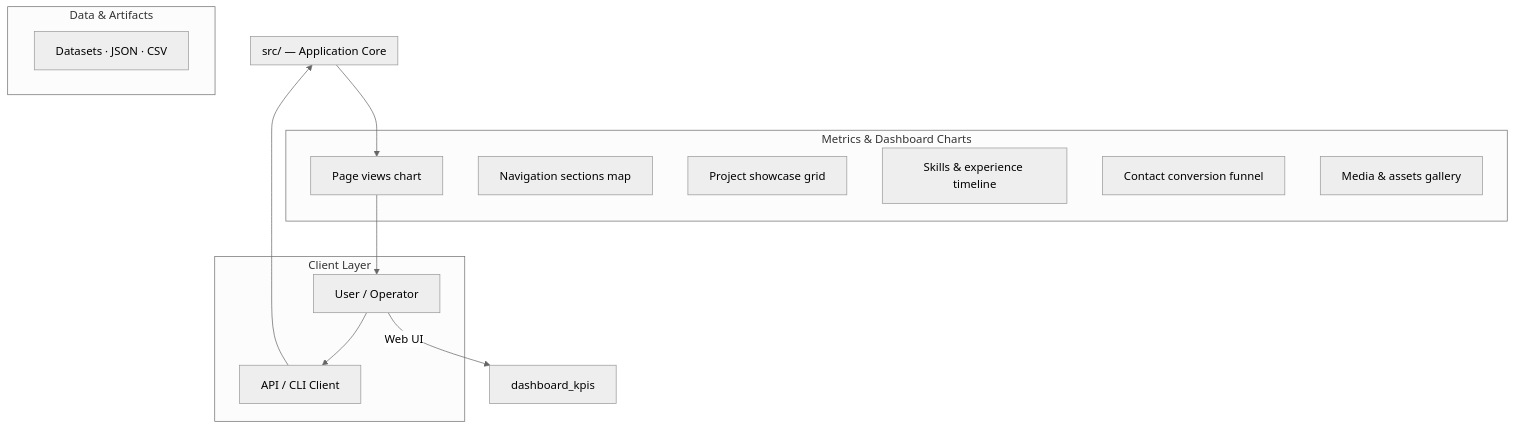
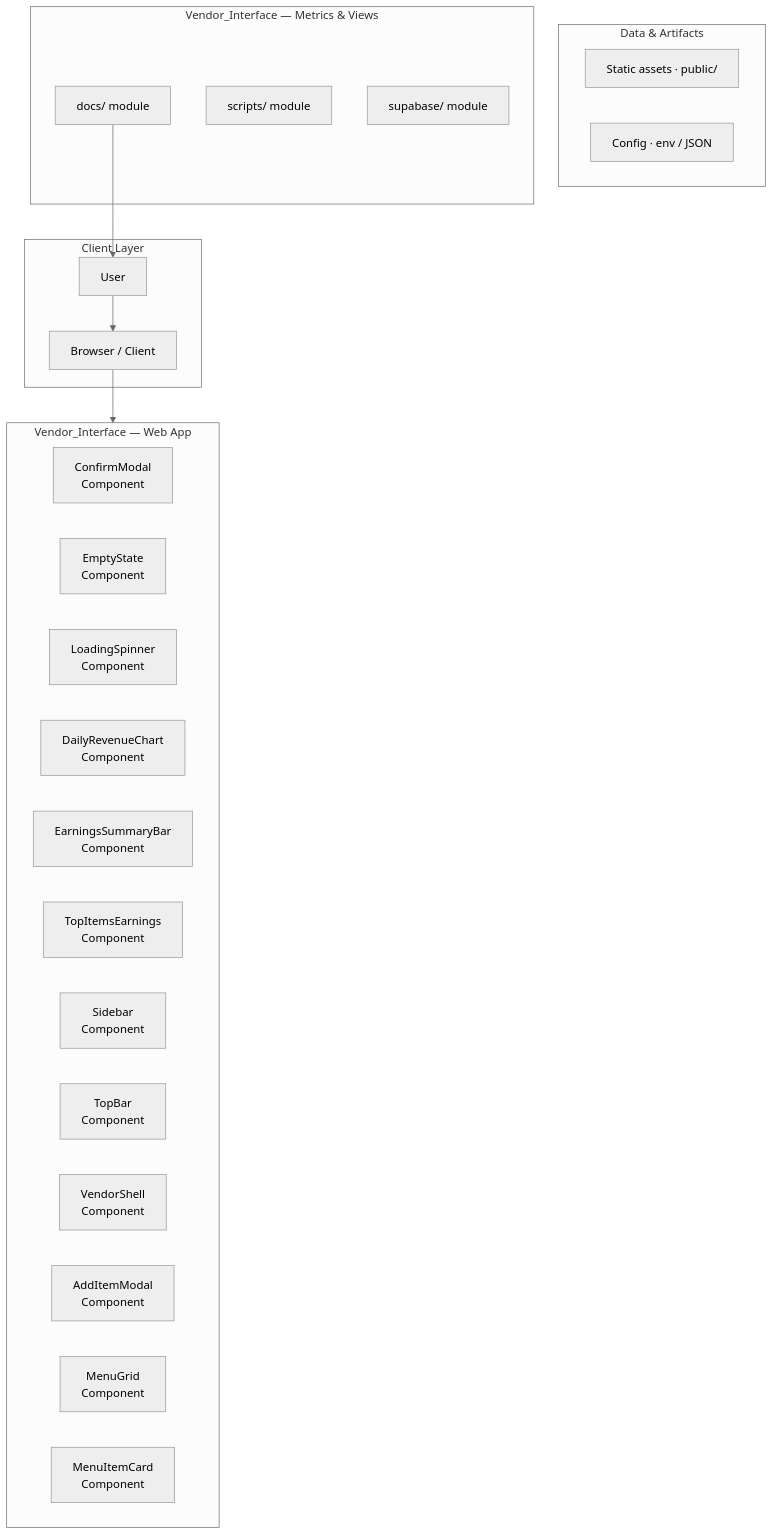
The first of 4 diagrams in README.md (Punyamittal/Vendor_Interface), drawn with Mermaid (neutral theme) before and after one commit. The commit also changed other lines of this file, not shown here.

````diff
--- a/README.md
+++ b/README.md
@@ -175,29 +187,37 @@
 ```mermaid
 graph TB
     subgraph Client["Client Layer"]
-        user["User / Operator"]
-        api_client["API / CLI Client"]
+        user["User"]
+        browser["Browser / Client"]
     end
 
-    subgraph Core["src/ — Application Core"]
+    subgraph Core["Vendor_Interface — Web App"]
+        ConfirmModal["ConfirmModal<br/>Component"]
+        EmptyState["EmptyState<br/>Component"]
+        LoadingSpinner["LoadingSpinner<br/>Component"]
+        DailyRevenueChart["DailyRevenueChart<br/>Component"]
+        EarningsSummaryBar["EarningsSummaryBar<br/>Component"]
+        TopItemsEarnings["TopItemsEarnings<br/>Component"]
+        Sidebar["Sidebar<br/>Component"]
+        TopBar["TopBar<br/>Component"]
+        VendorShell["VendorShell<br/>Component"]
+        AddItemModal["AddItemModal<br/>Component"]
+        MenuGrid["MenuGrid<br/>Component"]
+        MenuItemCard["MenuItemCard<br/>Component"]
     end
 
     subgraph Data["Data & Artifacts"]
-        datasets["Datasets · JSON · CSV"]
+        assets["Static assets · public/"]
+        config["Config · env / JSON"]
     end
 
-    subgraph Charts["Metrics & Dashboard Charts"]
-        page_views["Page views chart"]
-        nav_sections["Navigation sections map"]
-        project_showcase["Project showcase grid"]
-        skills_timeline["Skills & experience timeline"]
-        contact_funnel["Contact conversion funnel"]
-        media_gallery["Media & assets gallery"]
+    subgraph Charts["Vendor_Interface — Metrics & Views"]
+        docs["docs/ module"]
+        scripts["scripts/ module"]
+        supabase["supabase/ module"]
     end
 
-    user --> api_client
-    api_client --> Core
-    user -->|Web UI| dashboard_kpis
-    Core --> page_views
-    page_views --> user
+    user --> browser
+    browser --> Core
+    docs --> user
 ```
````
